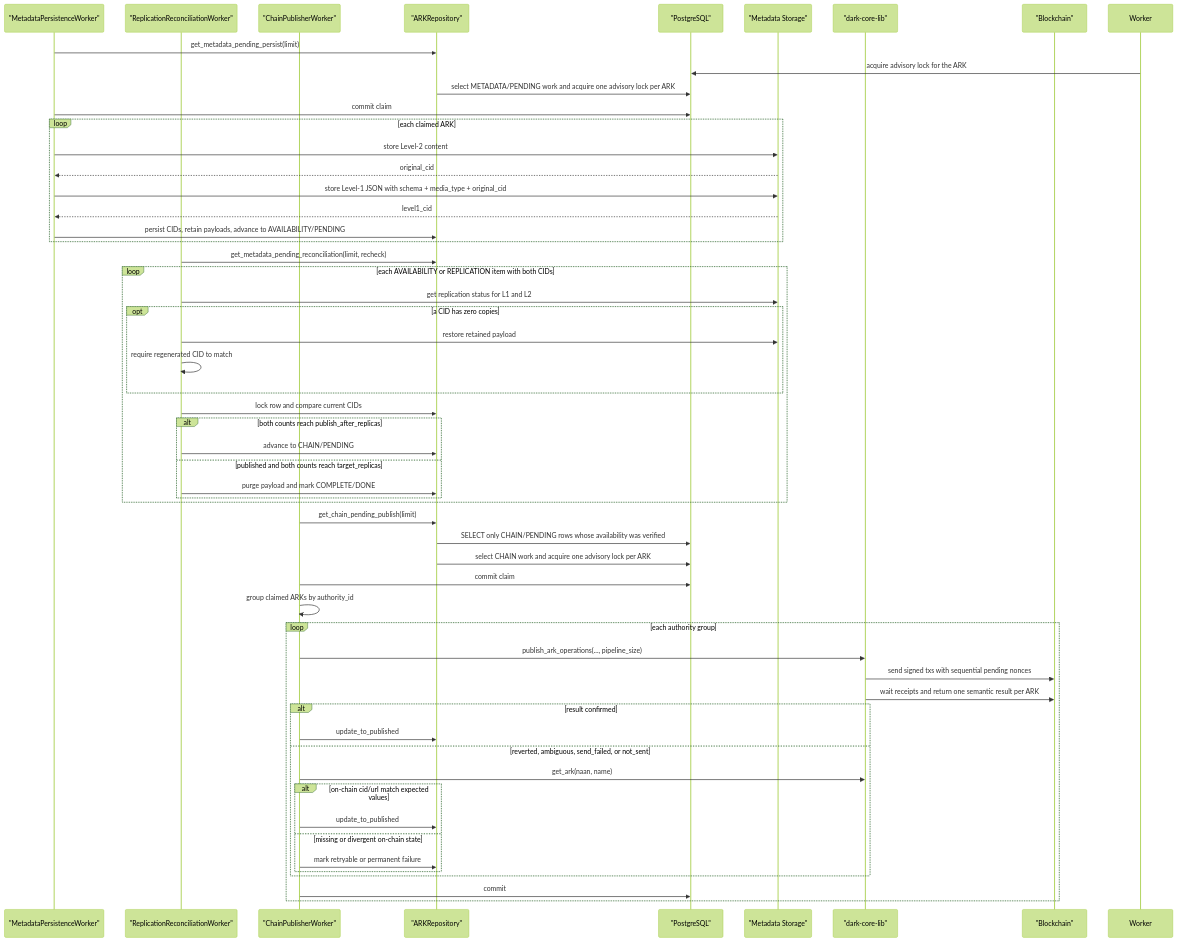
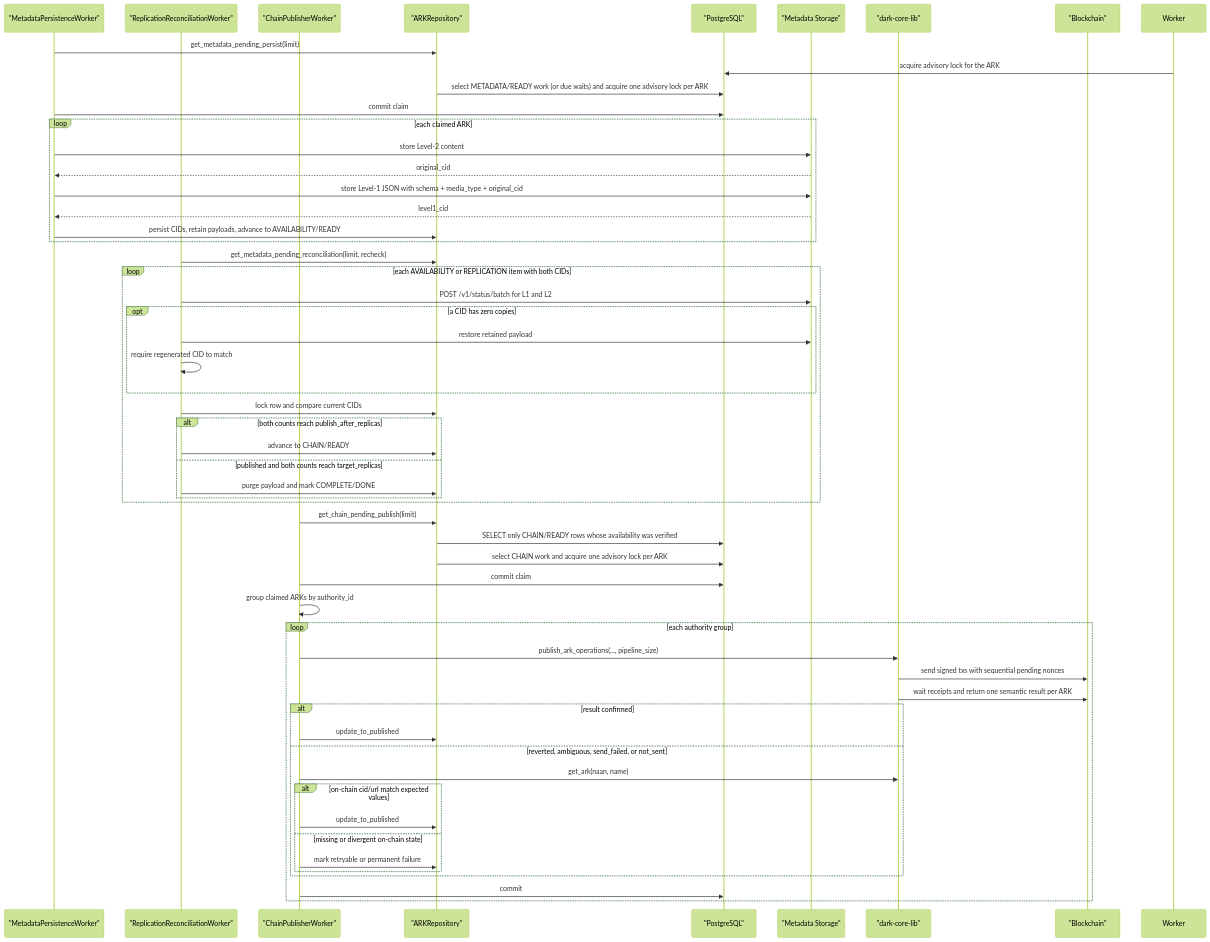
The sixth of 12 diagrams in README.md (LA-Referencia-IOI/dark-core-minter-api), drawn with Mermaid (forest theme) before and after one commit. The commit also changed other lines of this file and 19 other files, not shown here.

````diff
--- a/README.md
+++ b/README.md
@@ -282,62 +307,62 @@
 ```mermaid
 sequenceDiagram
     participant MetadataWorker as "MetadataPersistenceWorker"
     participant ReplicationWorker as "ReplicationReconciliationWorker"
     participant ChainWorker as "ChainPublisherWorker"
     participant Repo as "ARKRepository"
     participant DB as "PostgreSQL"
     participant Store as "Metadata Storage"
     participant Core as "dark-core-lib"
     participant Chain as "Blockchain"
 
     MetadataWorker->>Repo: get_metadata_pending_persist(limit)
     Worker->>DB: acquire advisory lock for the ARK
-    Repo->>DB: select METADATA/PENDING work and acquire one advisory lock per ARK
+    Repo->>DB: select METADATA/READY work (or due waits) and acquire one advisory lock per ARK
     MetadataWorker->>DB: commit claim
 
     loop each claimed ARK
         MetadataWorker->>Store: store Level-2 content
         Store-->>MetadataWorker: original_cid
         MetadataWorker->>Store: store Level-1 JSON with schema + media_type + original_cid
         Store-->>MetadataWorker: level1_cid
-        MetadataWorker->>Repo: persist CIDs, retain payloads, advance to AVAILABILITY/PENDING
+        MetadataWorker->>Repo: persist CIDs, retain payloads, advance to AVAILABILITY/READY
     end
 
     ReplicationWorker->>Repo: get_metadata_pending_reconciliation(limit, recheck)
     loop each AVAILABILITY or REPLICATION item with both CIDs
-        ReplicationWorker->>Store: get replication status for L1 and L2
+        ReplicationWorker->>Store: POST /v1/status/batch for L1 and L2
         opt a CID has zero copies
             ReplicationWorker->>Store: restore retained payload
             ReplicationWorker->>ReplicationWorker: require regenerated CID to match
         end
         ReplicationWorker->>Repo: lock row and compare current CIDs
         alt both counts reach publish_after_replicas
-            ReplicationWorker->>Repo: advance to CHAIN/PENDING
+            ReplicationWorker->>Repo: advance to CHAIN/READY
         else published and both counts reach target_replicas
             ReplicationWorker->>Repo: purge payload and mark COMPLETE/DONE
         end
     end
 
     ChainWorker->>Repo: get_chain_pending_publish(limit)
-    Repo->>DB: SELECT only CHAIN/PENDING rows whose availability was verified
+    Repo->>DB: SELECT only CHAIN/READY rows whose availability was verified
     Repo->>DB: select CHAIN work and acquire one advisory lock per ARK
     ChainWorker->>DB: commit claim
 
     ChainWorker->>ChainWorker: group claimed ARKs by authority_id
     loop each authority group
         ChainWorker->>Core: publish_ark_operations(..., pipeline_size)
         Core->>Chain: send signed txs with sequential pending nonces
         Core->>Chain: wait receipts and return one semantic result per ARK
         alt result confirmed
             ChainWorker->>Repo: update_to_published
         else reverted, ambiguous, send_failed, or not_sent
             ChainWorker->>Core: get_ark(naan, name)
             alt on-chain cid/url match expected values
                 ChainWorker->>Repo: update_to_published
             else missing or divergent on-chain state
                 ChainWorker->>Repo: mark retryable or permanent failure
             end
         end
         ChainWorker->>DB: commit
     end
 ```
````
